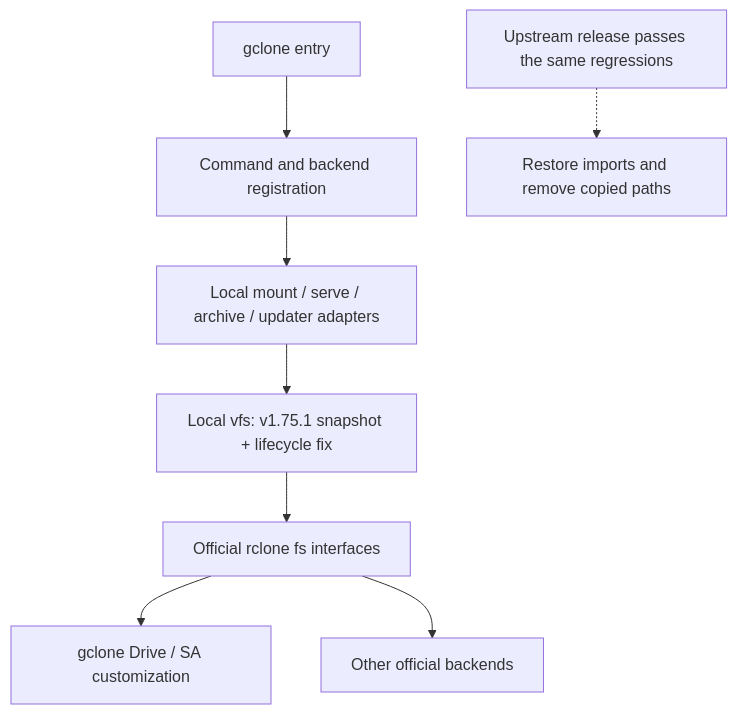
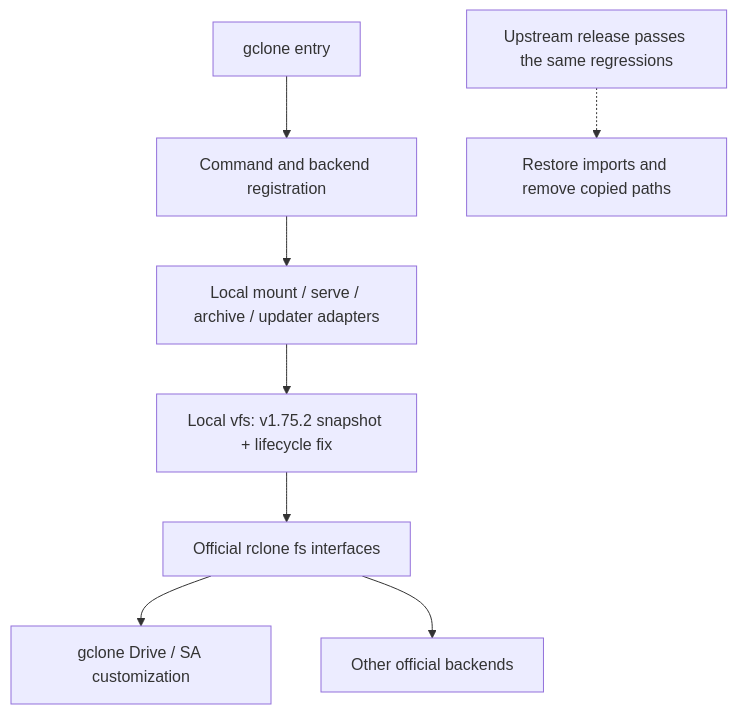
The diagram in README.md (dogbutcat/gclone), drawn with Mermaid before and after one commit. The commit also changed other lines of this file and 59 other files, not shown here.

Commit message:
rclone: sync to 1.75.2 and retain local VFS fix

````diff
--- a/README.md
+++ b/README.md
@@ -47,10 +47,10 @@
 ```mermaid
 flowchart TD
     Entry["gclone entry"] --> Registry["Command and backend registration"]
     Registry --> Adapters["Local mount / serve / archive / updater adapters"]
-    Adapters --> VFS["Local vfs: v1.75.1 snapshot + lifecycle fix"]
+    Adapters --> VFS["Local vfs: v1.75.2 snapshot + lifecycle fix"]
     VFS --> FS["Official rclone fs interfaces"]
     FS --> Drive["gclone Drive / SA customization"]
     FS --> Backends["Other official backends"]
     Fixed["Upstream release passes the same regressions"] -.-> Drop["Restore imports and remove copied paths"]
 ```
````
